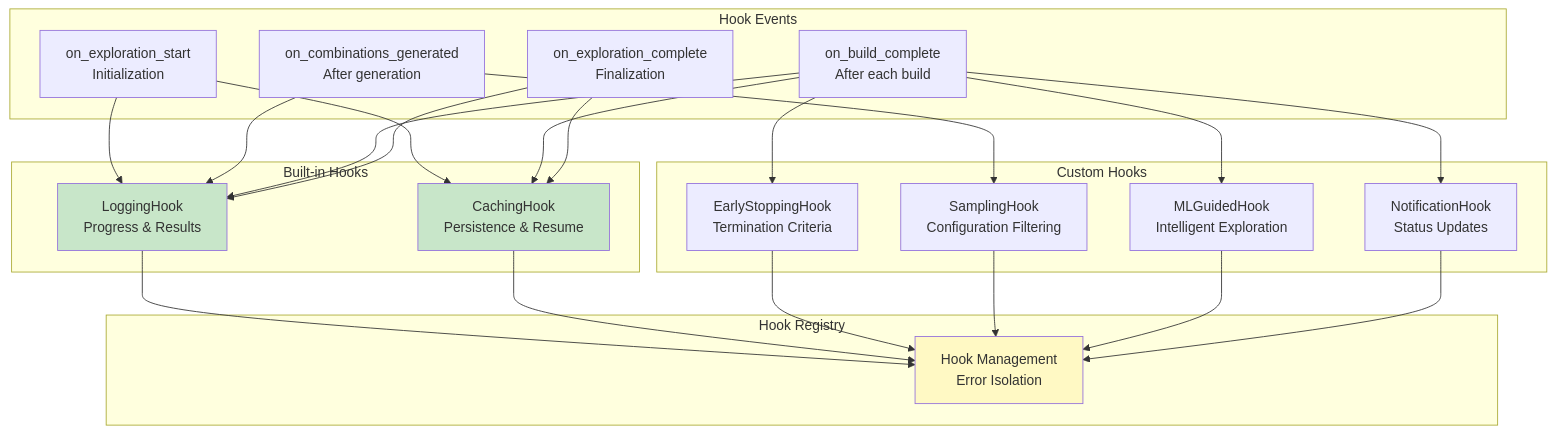
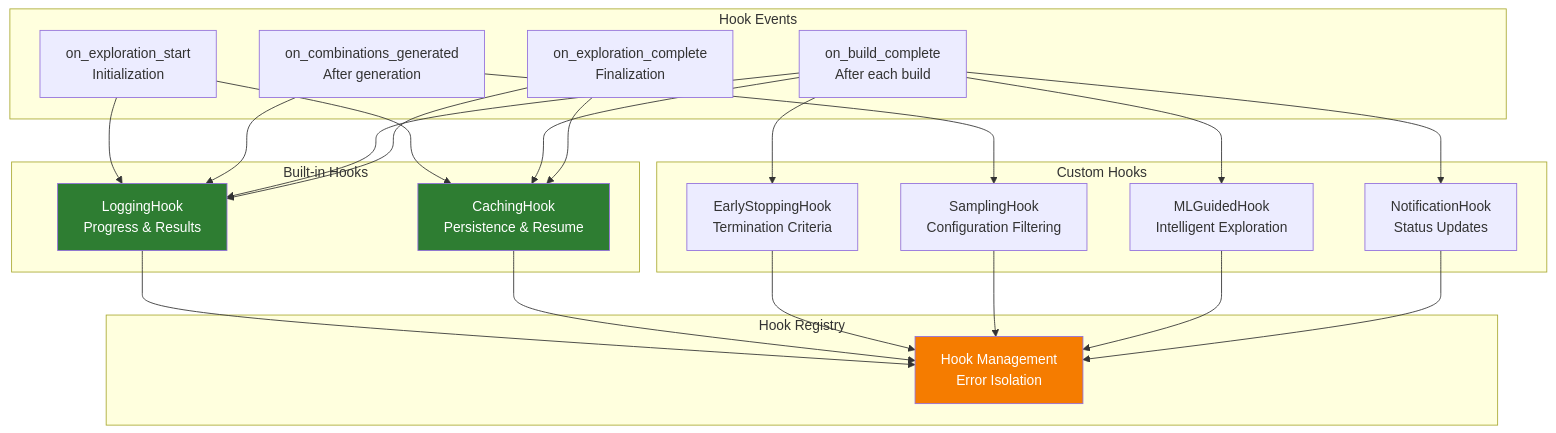
One commit to microsoft/Brainsmith changed the eighth of 14 diagrams in brainsmith/core/ARCHITECTURE.md. Above: the diagram before and after it, drawn with Mermaid. The commit also changed other lines of this file and 40 other files, not shown here.

````diff
--- a/brainsmith/core/ARCHITECTURE.md
+++ b/brainsmith/core/ARCHITECTURE.md
@@ -434,48 +430,48 @@
 ```mermaid
 graph TB
     subgraph "Hook Events"
         ES[on_exploration_start<br/>Initialization]
         CG[on_combinations_generated<br/>After generation]
         BC[on_build_complete<br/>After each build]
         EC[on_exploration_complete<br/>Finalization]
     end
     
     subgraph "Built-in Hooks"
         LOG[LoggingHook<br/>Progress & Results]
         CACHE[CachingHook<br/>Persistence & Resume]
     end
     
     subgraph "Custom Hooks"
         EARLY[EarlyStoppingHook<br/>Termination Criteria]
         SAMPLE[SamplingHook<br/>Configuration Filtering]
         ML[MLGuidedHook<br/>Intelligent Exploration]
         NOTIFY[NotificationHook<br/>Status Updates]
     end
     
     subgraph "Hook Registry"
         REGISTRY[Hook Management<br/>Error Isolation]
     end
     
     ES --> LOG
     ES --> CACHE
     CG --> LOG
     CG --> SAMPLE
     BC --> LOG
     BC --> CACHE
     BC --> EARLY
     BC --> ML
     BC --> NOTIFY
     EC --> LOG
     EC --> CACHE
     
     LOG --> REGISTRY
     CACHE --> REGISTRY
     EARLY --> REGISTRY
     SAMPLE --> REGISTRY
     ML --> REGISTRY
     NOTIFY --> REGISTRY
     
-    style REGISTRY fill:#fff9c4
-    style LOG fill:#c8e6c9
-    style CACHE fill:#c8e6c9
+    style REGISTRY fill:#f57c00,color:#fff
+    style LOG fill:#2e7d32,color:#fff
+    style CACHE fill:#2e7d32,color:#fff
 ```
````
